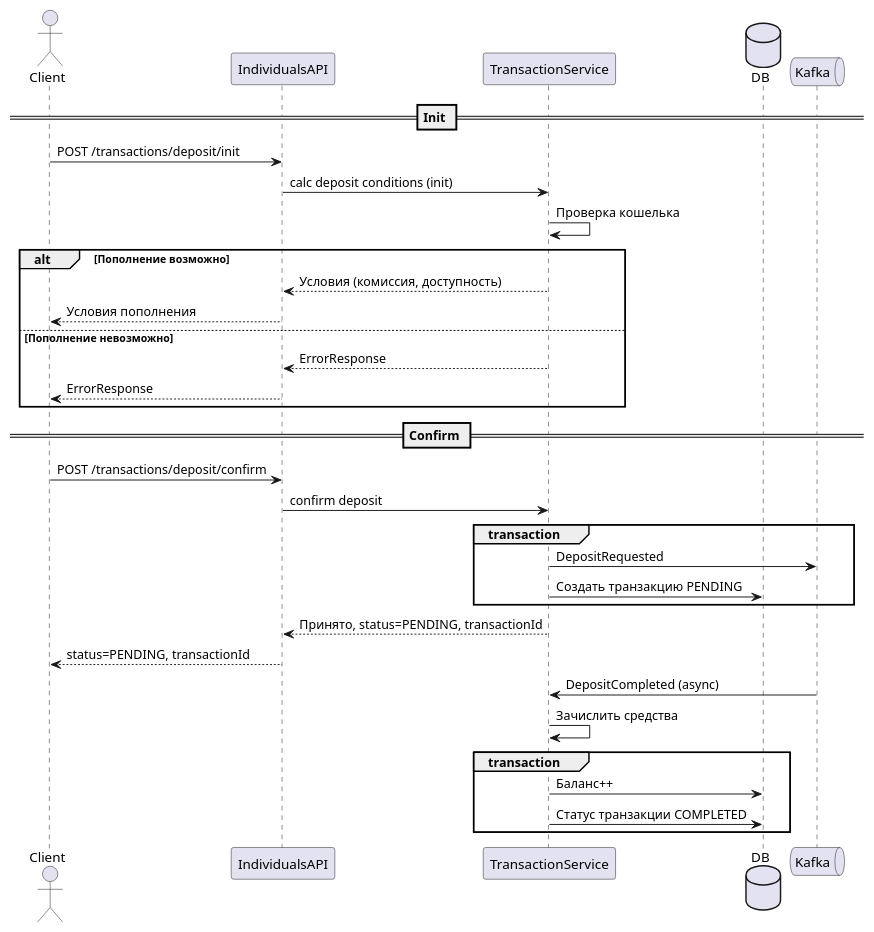
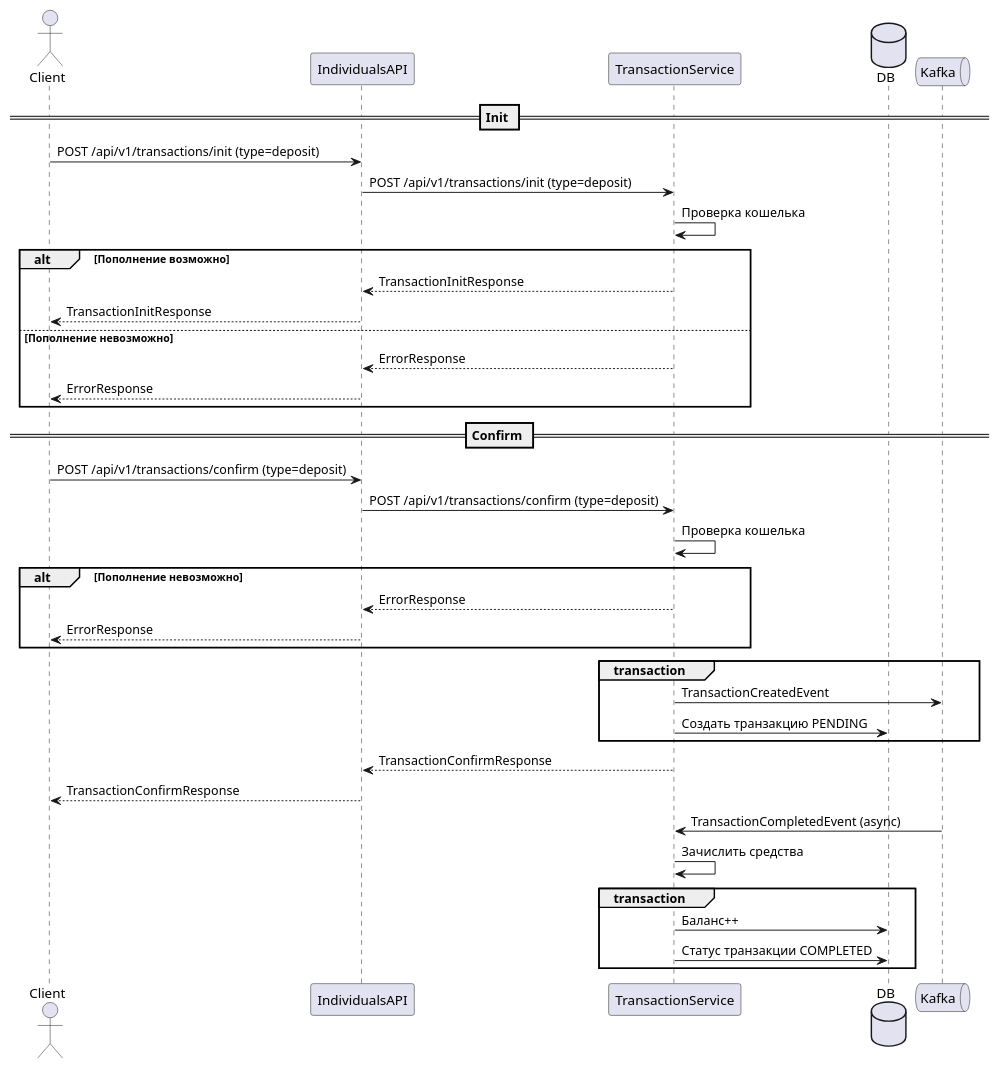
The diagram in diagram/deposit.puml (diamam90/payment-system), drawn with PlantUML before and after one commit. The commit also changed 11 other files, not shown here.

Commit message:
диаграммы для 4 модуля

```diff
--- a/diagram/deposit.puml
+++ b/diagram/deposit.puml
@@ -1,38 +1,40 @@
 @startuml
 actor Client
 participant IndividualsAPI
 participant TransactionService
 database DB
 queue Kafka
 
 == Init ==
-
-Client -> IndividualsAPI: POST /transactions/deposit/init
-IndividualsAPI -> TransactionService: calc deposit conditions (init)
+Client -> IndividualsAPI: POST /api/v1/transactions/init (type=deposit)
+IndividualsAPI -> TransactionService: POST /api/v1/transactions/init (type=deposit)
 TransactionService -> TransactionService: Проверка кошелька
-
 alt Пополнение возможно
-    TransactionService --> IndividualsAPI: Условия (комиссия, доступность)
-    IndividualsAPI --> Client: Условия пополнения
+    TransactionService --> IndividualsAPI: TransactionInitResponse
+    IndividualsAPI --> Client: TransactionInitResponse
 else Пополнение невозможно
     TransactionService --> IndividualsAPI: ErrorResponse
     IndividualsAPI --> Client: ErrorResponse
 end
+== Confirm ==
+Client -> IndividualsAPI: POST /api/v1/transactions/confirm (type=deposit)
+IndividualsAPI -> TransactionService: POST /api/v1/transactions/confirm (type=deposit)
+TransactionService -> TransactionService: Проверка кошелька
+alt Пополнение невозможно
+    TransactionService --> IndividualsAPI: ErrorResponse
+    IndividualsAPI --> Client: ErrorResponse
+end
 
-== Confirm ==
-
-Client -> IndividualsAPI: POST /transactions/deposit/confirm
-IndividualsAPI -> TransactionService: confirm deposit
 group transaction
-    TransactionService -> Kafka: DepositRequested
+    TransactionService -> Kafka: TransactionCreatedEvent
     TransactionService -> DB: Создать транзакцию PENDING
 end
-  TransactionService --> IndividualsAPI: Принято, status=PENDING, transactionId
-IndividualsAPI --> Client: status=PENDING, transactionId
-Kafka -> TransactionService: DepositCompleted (async)
+  TransactionService --> IndividualsAPI: TransactionConfirmResponse
+IndividualsAPI --> Client: TransactionConfirmResponse
+Kafka -> TransactionService: TransactionCompletedEvent (async)
 TransactionService -> TransactionService: Зачислить средства
 group transaction
     TransactionService -> DB: Баланс++
     TransactionService -> DB: Статус транзакции COMPLETED
 end
 @enduml
```
